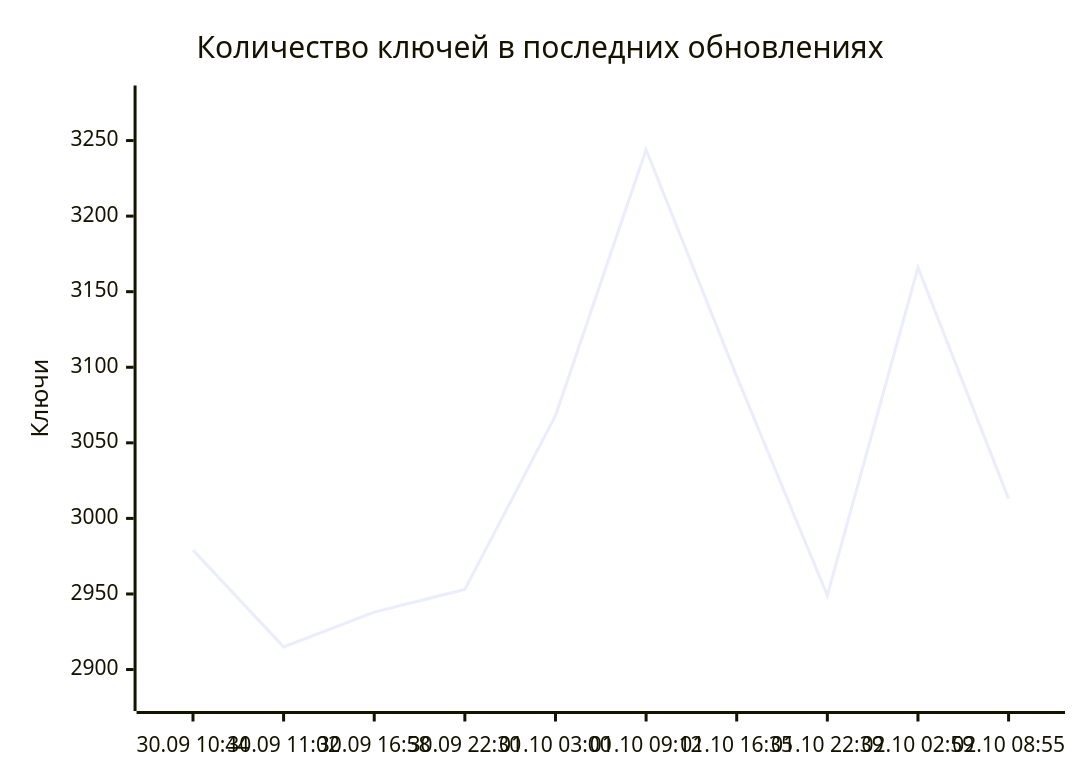
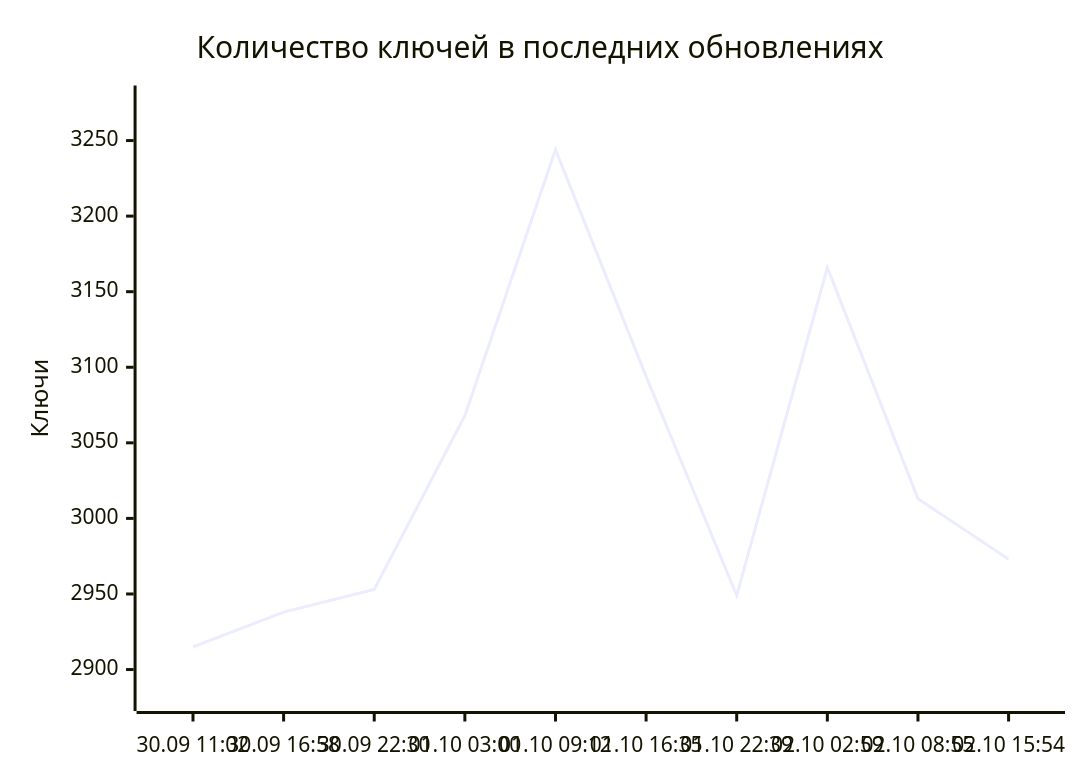
Before and after one commit to markKikhtenko/WireVeil: the diagram in README.md, drawn with Mermaid. The commit also changed other lines of this file and 13 other files, not shown here.

````diff
--- a/README.md
+++ b/README.md
@@ -55,7 +55,7 @@
 ```mermaid
 xychart-beta
     title "Количество ключей в последних обновлениях"
-    x-axis ["30.09 10:44", "30.09 11:02", "30.09 16:58", "30.09 22:30", "01.10 03:00", "01.10 09:12", "01.10 16:35", "01.10 22:39", "02.10 02:59", "02.10 08:55"]
+    x-axis ["30.09 11:02", "30.09 16:58", "30.09 22:30", "01.10 03:00", "01.10 09:12", "01.10 16:35", "01.10 22:39", "02.10 02:59", "02.10 08:55", "02.10 15:54"]
     y-axis "Ключи" 2882 --> 3277
-    line [2979, 2915, 2938, 2953, 3068, 3244, 3094, 2949, 3166, 3013]
+    line [2915, 2938, 2953, 3068, 3244, 3094, 2949, 3166, 3013, 2973]
 ```
````
